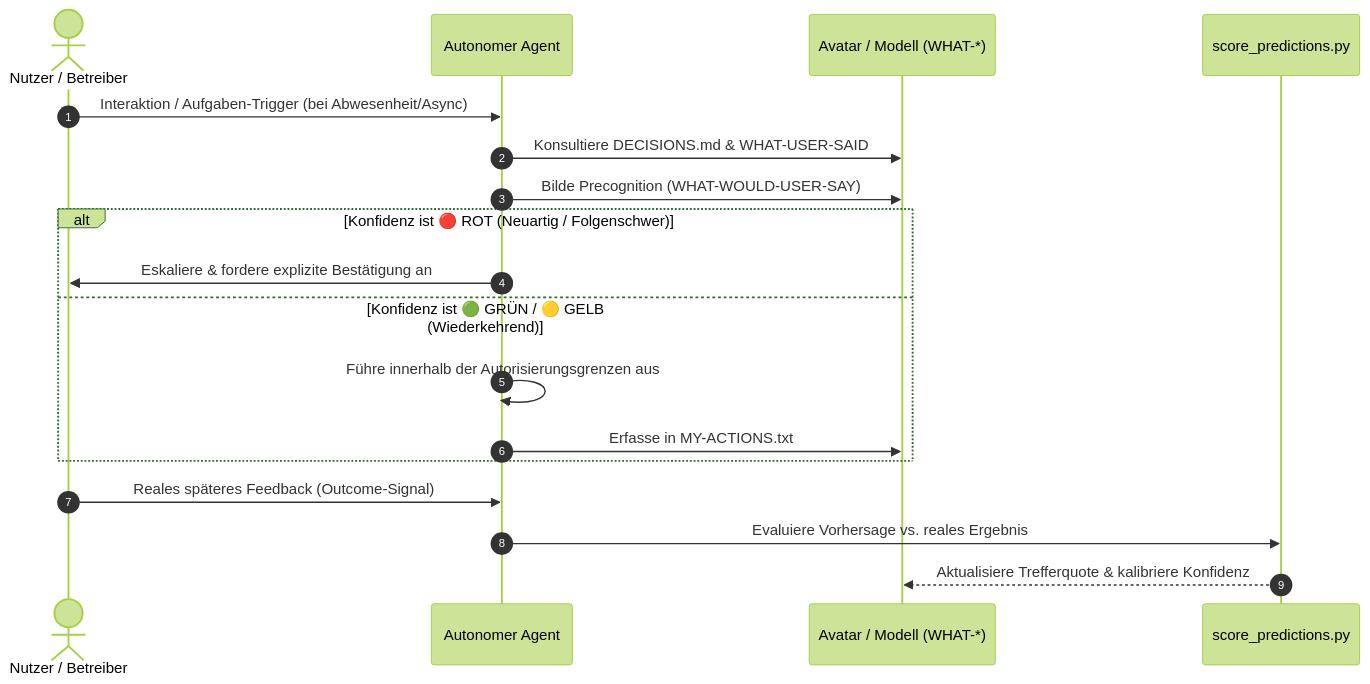
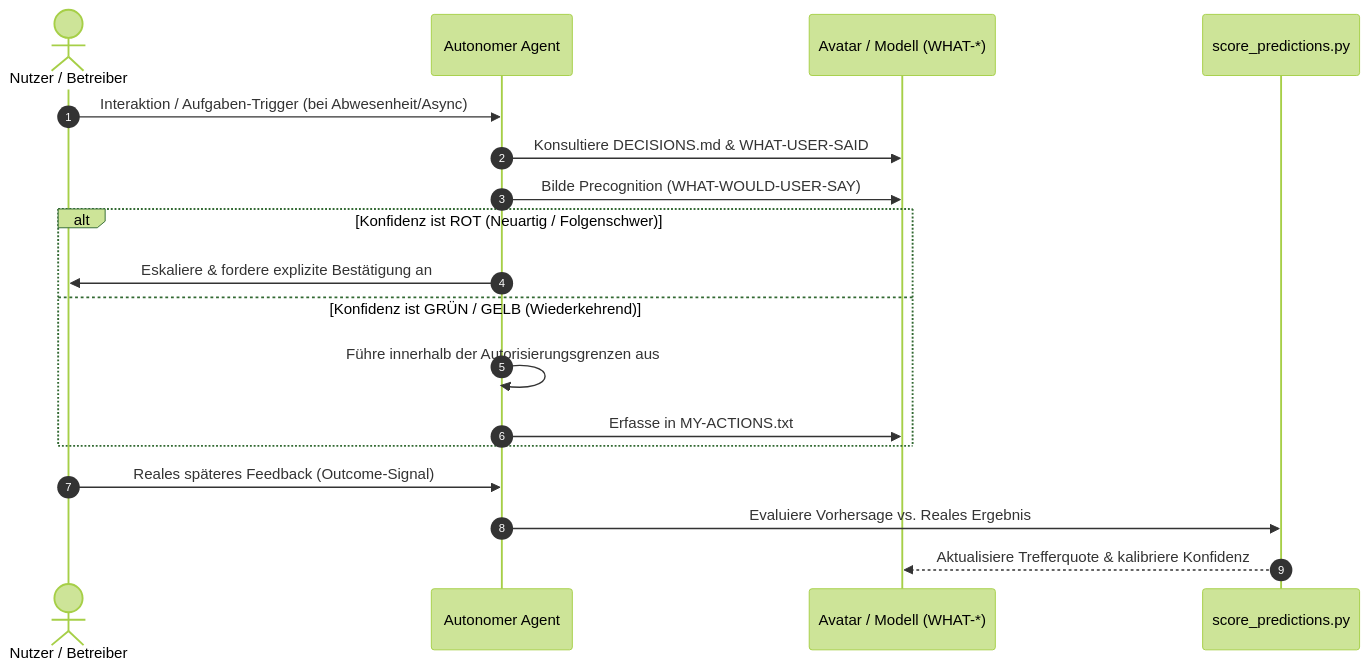
One commit to ellmos-ai/build-your-users-mind changed the second of 2 diagrams in README_de.md. Above: the diagram before and after it, drawn with Mermaid (forest theme). The commit also changed other lines of this file and 10 other files, not shown here.

````diff
--- a/README_de.md
+++ b/README_de.md
@@ -83,21 +213,21 @@
 ```mermaid
 sequenceDiagram
     autonumber
     actor User as Nutzer / Betreiber
     participant Agent as Autonomer Agent
     participant Memory as Avatar / Modell (WHAT-*)
     participant Scorer as score_predictions.py
 
     User->>Agent: Interaktion / Aufgaben-Trigger (bei Abwesenheit/Async)
     Agent->>Memory: Konsultiere DECISIONS.md & WHAT-USER-SAID
     Agent->>Memory: Bilde Precognition (WHAT-WOULD-USER-SAY)
-    alt Konfidenz ist 🔴 ROT (Neuartig / Folgenschwer)
+    alt Konfidenz ist ROT (Neuartig / Folgenschwer)
         Agent->>User: Eskaliere & fordere explizite Bestätigung an
-    else Konfidenz ist 🟢 GRÜN / 🟡 GELB (Wiederkehrend)
+    else Konfidenz ist GRÜN / GELB (Wiederkehrend)
         Agent->>Agent: Führe innerhalb der Autorisierungsgrenzen aus
         Agent->>Memory: Erfasse in MY-ACTIONS.txt
     end
     User->>Agent: Reales späteres Feedback (Outcome-Signal)
-    Agent->>Scorer: Evaluiere Vorhersage vs. reales Ergebnis
+    Agent->>Scorer: Evaluiere Vorhersage vs. Reales Ergebnis
     Scorer-->>Memory: Aktualisiere Trefferquote & kalibriere Konfidenz
 ```
````
